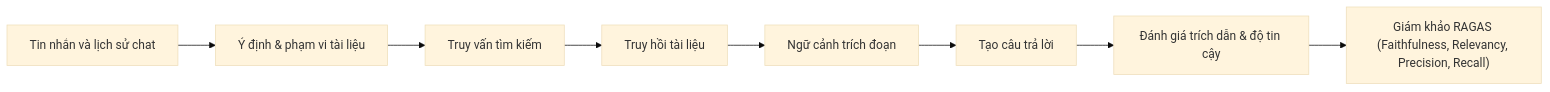
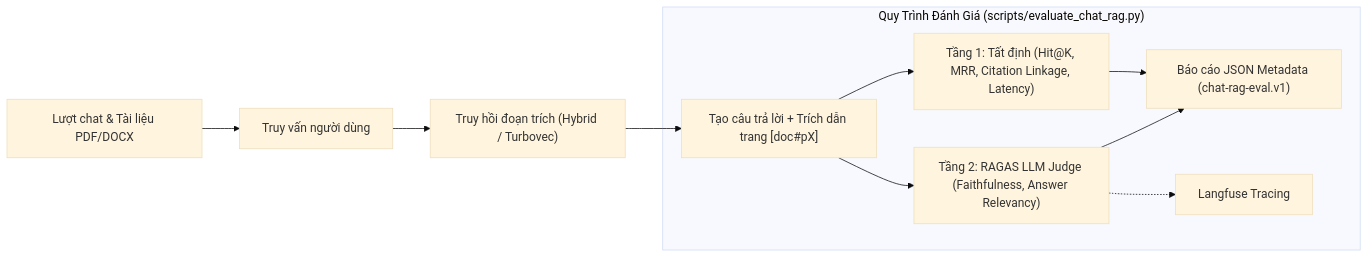
One commit to MathematicGuy/EMAIL-AGENT-v1 changed the diagram in evaluations/CHAT-RAGAS/dashboard.md. Above: the diagram before and after it, drawn with Mermaid (base theme). The commit also changed other lines of this file and 7 other files, not shown here.

Commit message:
feat(eval): align CHAT-RAGAS spec and harness with grounding runtime rules

````diff
--- a/evaluations/CHAT-RAGAS/dashboard.md
+++ b/evaluations/CHAT-RAGAS/dashboard.md
@@ -19,10 +35,14 @@
 ```mermaid
 flowchart LR
-    M["Tin nhắn và lịch sử chat"] --> I["Ý định & phạm vi tài liệu"]
-    I --> Q["Truy vấn tìm kiếm"]
-    Q --> R["Truy hồi tài liệu"]
-    R --> C["Ngữ cảnh trích đoạn"]
-    C --> G["Tạo câu trả lời"]
-    G --> V["Đánh giá trích dẫn & độ tin cậy"]
-    V --> RAGAS["Giám khảo RAGAS (Faithfulness, Relevancy, Precision, Recall)"]
+    M["Lượt chat & Tài liệu PDF/DOCX"] --> Q["Truy vấn người dùng"]
+    Q --> RETR["Truy hồi đoạn trích (Hybrid / Turbovec)"]
+    RETR --> GEN["Tạo câu trả lời + Trích dẫn trang [doc#pX]"]
+    
+    subgraph EVAL["Quy Trình Đánh Giá (scripts/evaluate_chat_rag.py)"]
+        GEN --> T1["Tầng 1: Tất định (Hit@K, MRR, Citation Linkage, Latency)"]
+        GEN --> T2["Tầng 2: RAGAS LLM Judge (Faithfulness, Answer Relevancy)"]
+        T1 --> REP["Báo cáo JSON Metadata (chat-rag-eval.v1)"]
+        T2 --> REP
+        T2 -.-> LF["Langfuse Tracing"]
+    end
 ```
````
